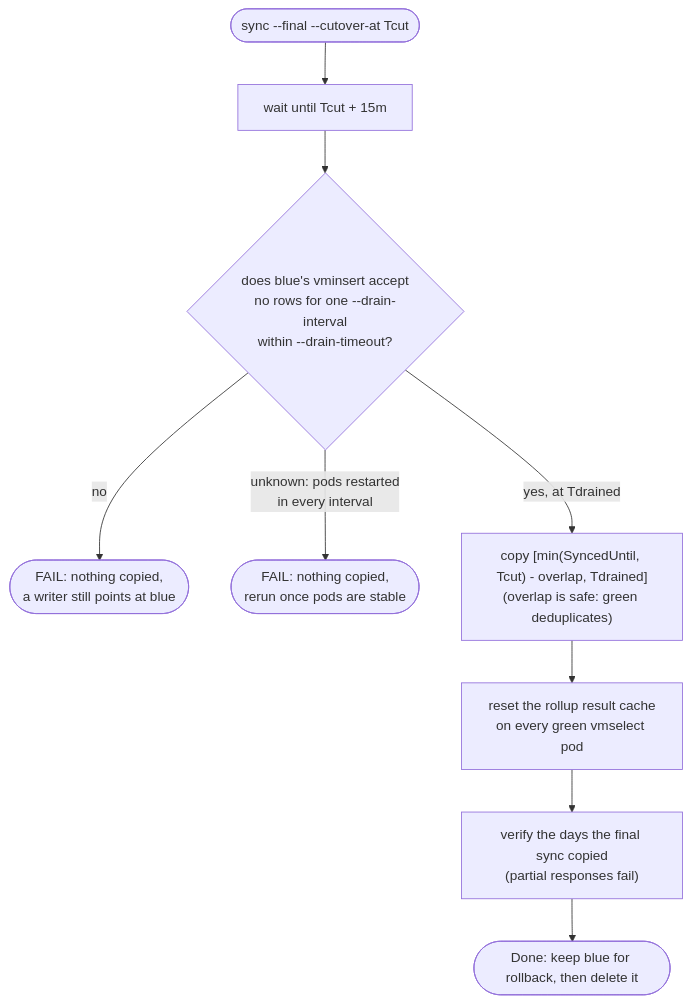
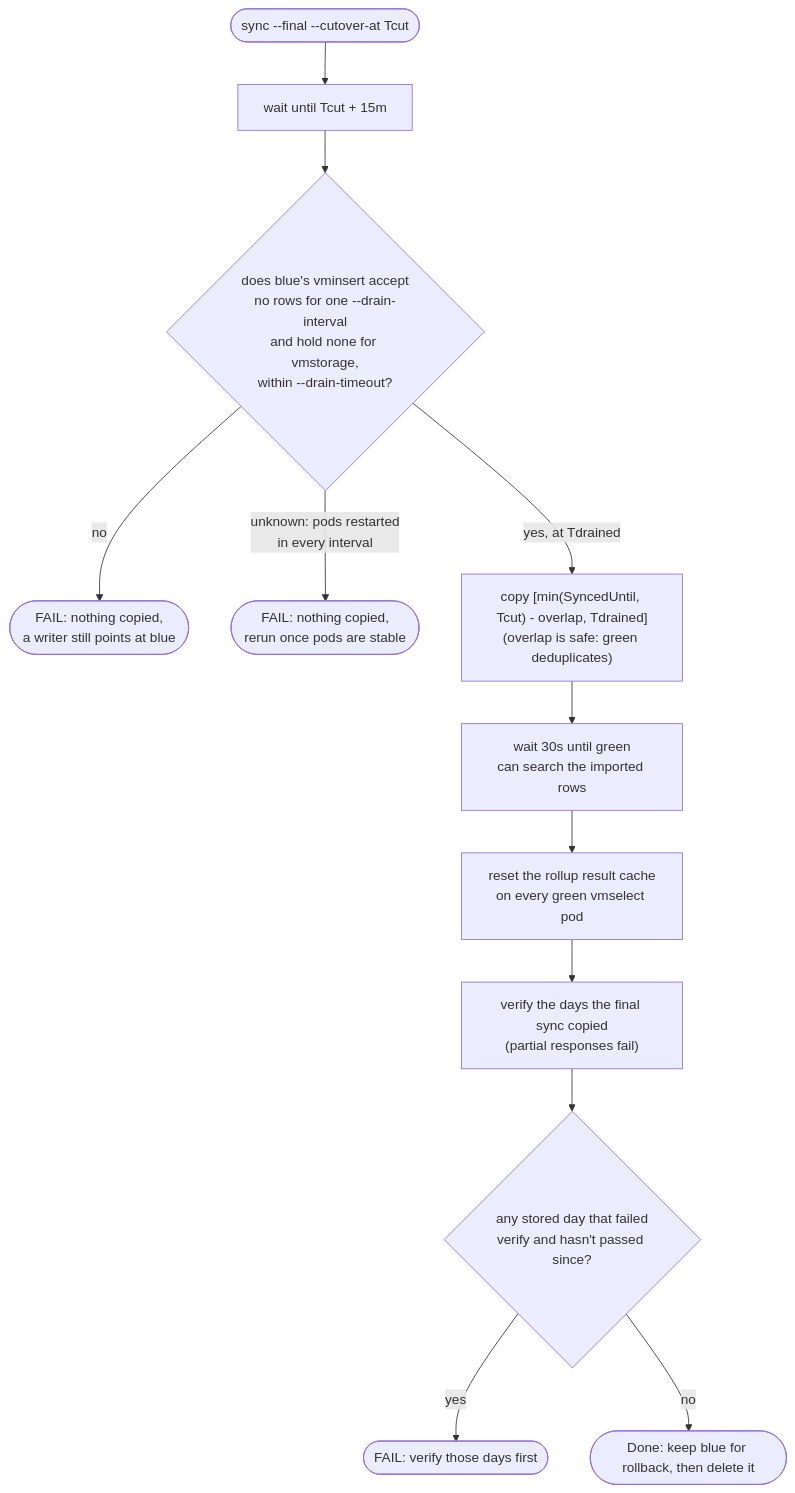
The fourth of 5 diagrams in docs/architecture.md (kokuwaio/victoriametrics-rebalance), drawn with Mermaid before and after one commit. The commit also changed other lines of this file and 21 other files, not shown here.

````diff
--- a/docs/architecture.md
+++ b/docs/architecture.md
@@ -184,11 +184,14 @@
 ```mermaid
 flowchart TD
     start(["sync --final --cutover-at Tcut"]) --> wait["wait until Tcut + 15m"]
-    wait --> drain{"does blue's vminsert accept<br/>no rows for one --drain-interval<br/>within --drain-timeout?"}
+    wait --> drain{"does blue's vminsert accept<br/>no rows for one --drain-interval<br/>and hold none for vmstorage,<br/>within --drain-timeout?"}
     drain -- "no" --> fail(["FAIL: nothing copied,<br/>a writer still points at blue"])
     drain -- "unknown: pods restarted<br/>in every interval" --> unknown(["FAIL: nothing copied,<br/>rerun once pods are stable"])
     drain -- "yes, at Tdrained" --> copy["copy [min(SyncedUntil, Tcut) - overlap, Tdrained]<br/>(overlap is safe: green deduplicates)"]
-    copy --> reset["reset the rollup result cache<br/>on every green vmselect pod"]
+    copy --> settle["wait 30s until green<br/>can search the imported rows"]
+    settle --> reset["reset the rollup result cache<br/>on every green vmselect pod"]
     reset --> verify["verify the days the final sync copied<br/>(partial responses fail)"]
-    verify --> ok(["Done: keep blue for rollback, then delete it"])
+    verify --> earlier{"any stored day that failed<br/>verify and hasn't passed since?"}
+    earlier -- "yes" --> again(["FAIL: verify those days first"])
+    earlier -- "no" --> ok(["Done: keep blue for rollback, then delete it"])
 ```
````
